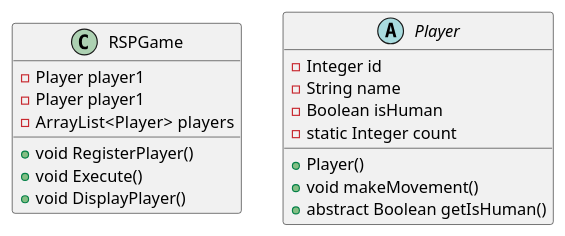
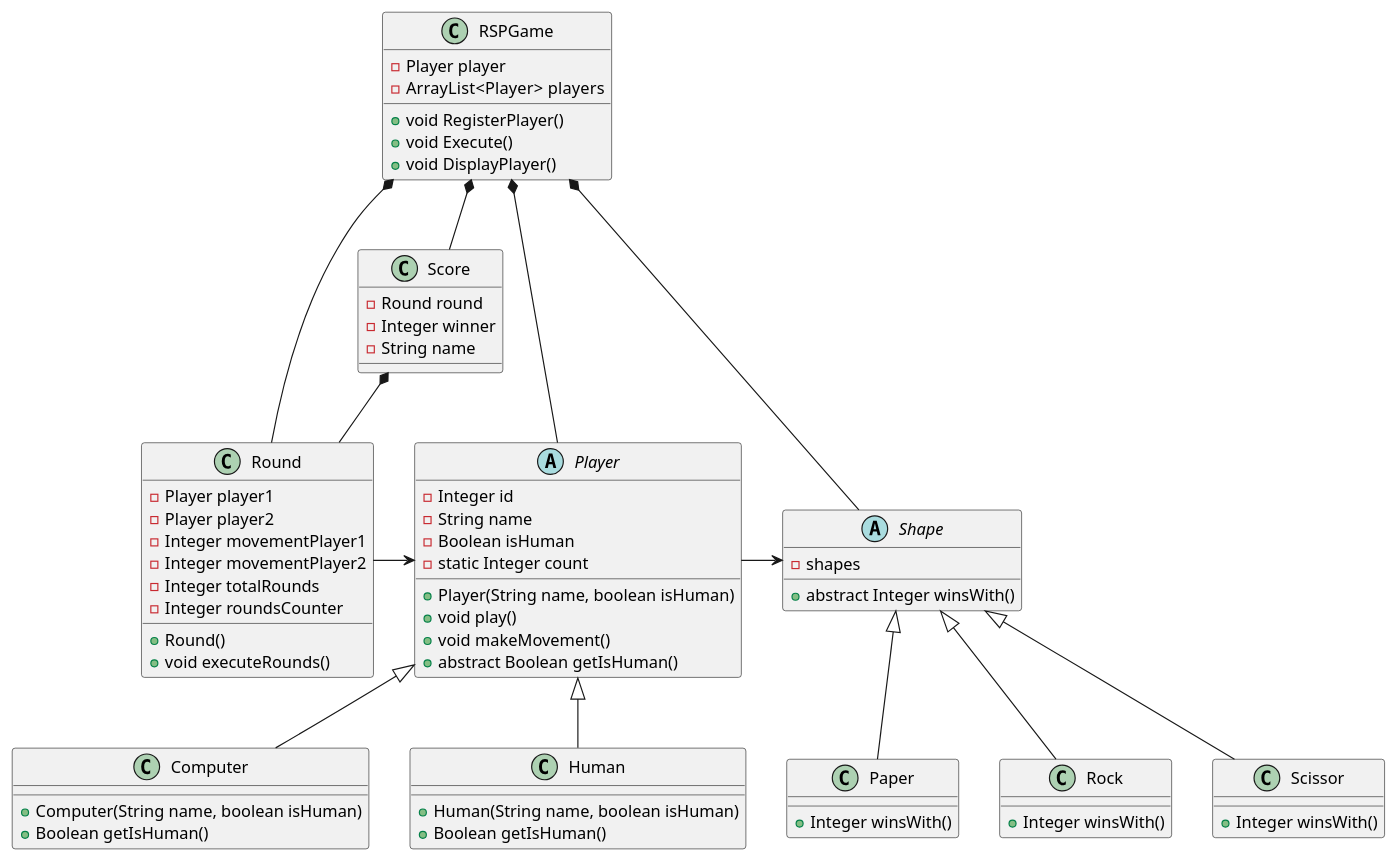
Before and after one commit to andrescordovatelus/RSPGame: the diagram in RSPGame/docs/rsp-classes.wsd, drawn with PlantUML. The commit also changed 1 other file, not shown here.

Commit message:
Update: diagrams

```diff
--- a/RSPGame/docs/rsp-classes.wsd
+++ b/RSPGame/docs/rsp-classes.wsd
@@ -1,22 +1,84 @@
 @startuml rsp-classes
     class RSPGame{
-        -Player player1
-        -Player player1
+        -Player player
         -ArrayList<Player>  players
 
         +void RegisterPlayer()
         +void Execute()
         +void DisplayPlayer()
     }
 
     abstract class Player{
         -Integer id
         -String name
         -Boolean isHuman
         -static Integer count
 
-        +Player()
+        +Player(String name, boolean isHuman)
+        +void play()
         +void makeMovement()
         +abstract Boolean getIsHuman()
     }
+
+    class Human{
+        +Human(String name, boolean isHuman)
+        +Boolean getIsHuman()
+    }
+
+    class Computer{
+        +Computer(String name, boolean isHuman)
+        +Boolean getIsHuman()
+    }
+
+    class Score{
+        -Round round
+        -Integer winner
+        -String name
+    }
+
+    class Round{
+        -Player player1
+        -Player player2
+        -Integer movementPlayer1
+        -Integer movementPlayer2
+        -Integer totalRounds
+        -Integer roundsCounter
+
+        +Round()
+        +void executeRounds()
+    }
+
+    abstract class Shape{
+        -shapes
+
+        +abstract Integer winsWith()
+    }
+
+    class Rock{
+        +Integer winsWith()
+    }
+
+    class Scissor{
+        +Integer winsWith()
+    }
+
+    class Paper{
+        +Integer winsWith()
+    }
+
+    RSPGame *-- Player
+    RSPGame *-- Score
+    RSPGame *-- Shape
+    RSPGame *-- Round
+
+    Player <|-- Human
+    Player <|-- Computer
+    Shape <|-- Rock
+    Shape <|-- Scissor
+    Shape <|-- Paper
+
+    Player -right-> Shape
+    Round -right-> Player
+    Score *-- Round
+
 @enduml
```
